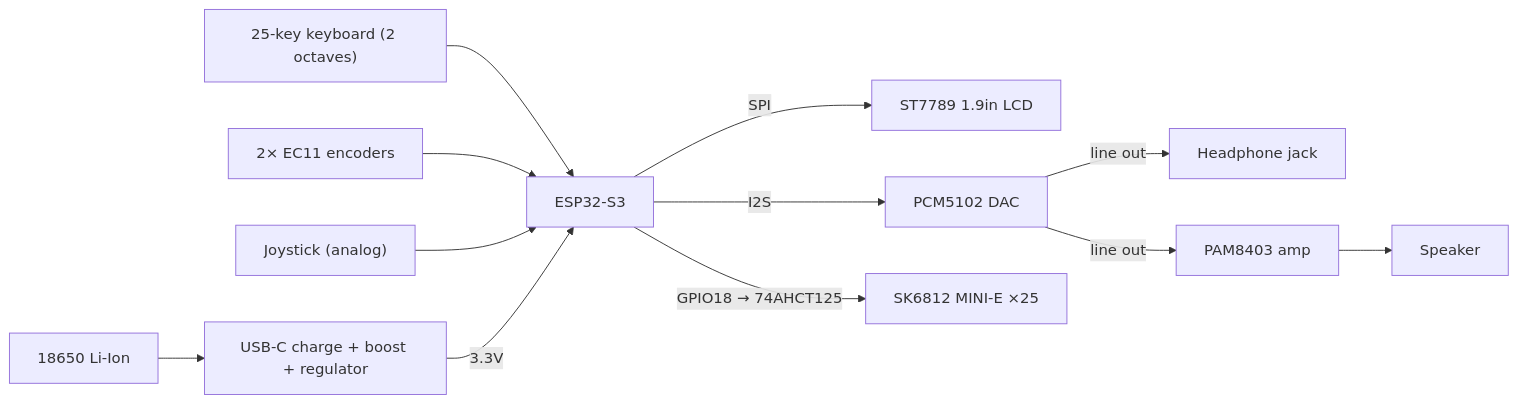
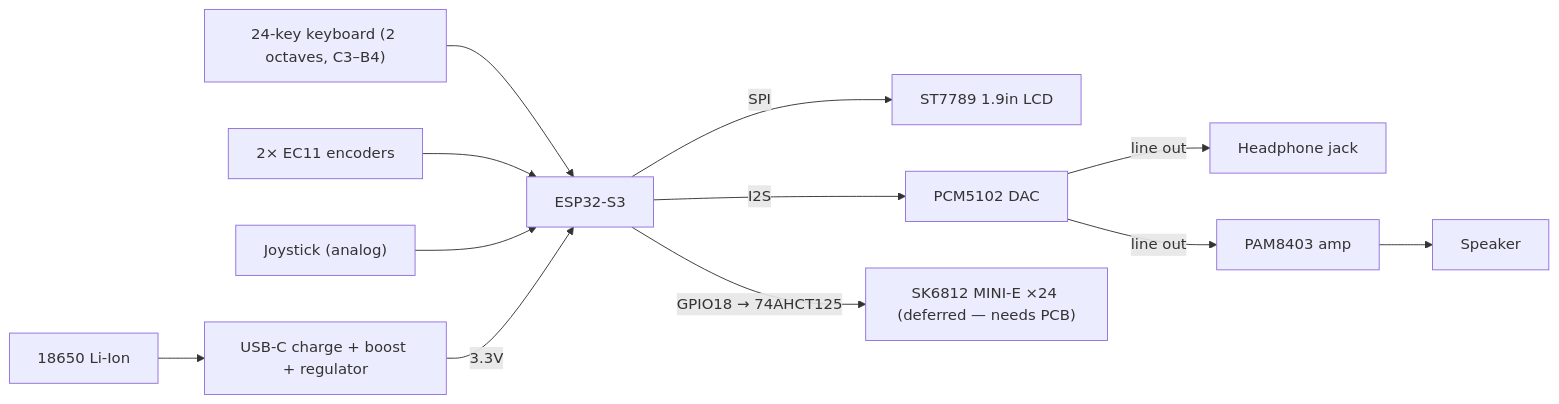
One commit to salazarr-js/pocket-groovebox changed the first of 3 diagrams in docs/hardware/README.md. Above: the diagram before and after it, drawn with Mermaid. The commit also changed other lines of this file and 31 other files, not shown here.

````diff
--- a/docs/hardware/README.md
+++ b/docs/hardware/README.md
@@ -19,14 +21,14 @@
 ```mermaid
 flowchart LR
-    KEYS["25-key keyboard (2 octaves)"] --> MCU["ESP32-S3"]
+    KEYS["24-key keyboard (2 octaves, C3–B4)"] --> MCU["ESP32-S3"]
     ENC["2× EC11 encoders"] --> MCU
     JOY["Joystick (analog)"] --> MCU
     MCU -->|SPI| LCD["ST7789 1.9in LCD"]
     MCU -->|I2S| DAC["PCM5102 DAC"]
-    MCU -->|"GPIO18 → 74AHCT125"| LED["SK6812 MINI-E ×25"]
+    MCU -->|"GPIO18 → 74AHCT125"| LED["SK6812 MINI-E ×24 (deferred — needs PCB)"]
     DAC -->|line out| HP["Headphone jack"]
     DAC -->|line out| AMP["PAM8403 amp"]
     AMP --> SPK["Speaker"]
     BATT["18650 Li-Ion"] --> PWR["USB-C charge + boost + regulator"]
     PWR -->|3.3V| MCU
 ```
````
